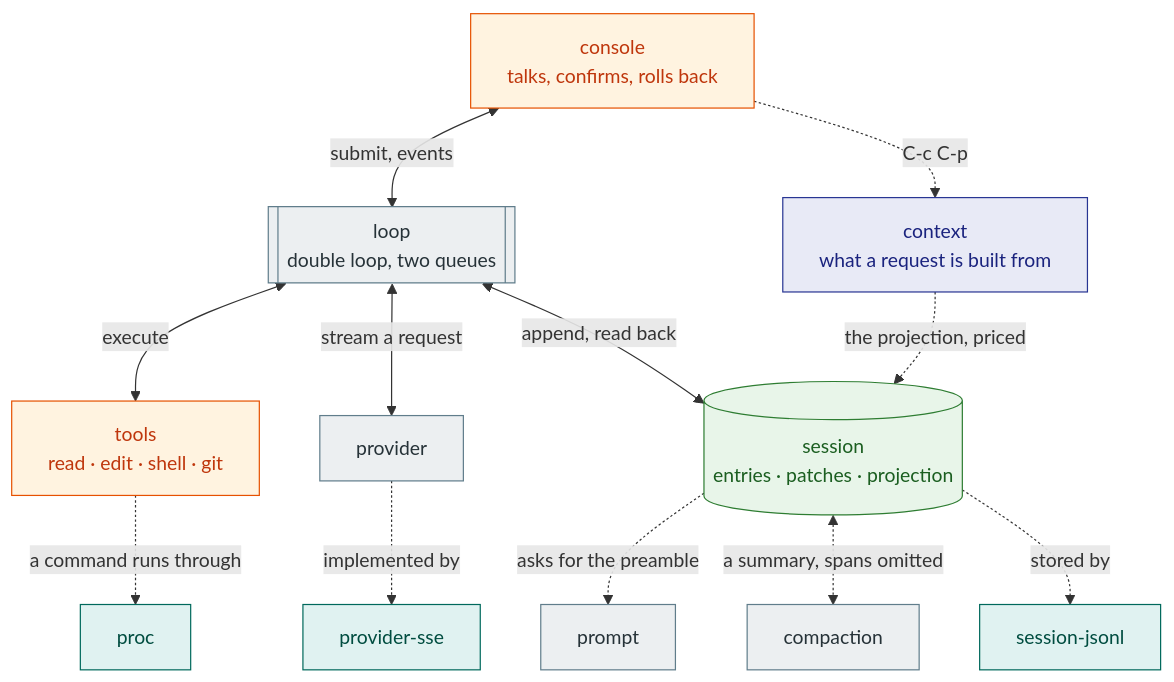
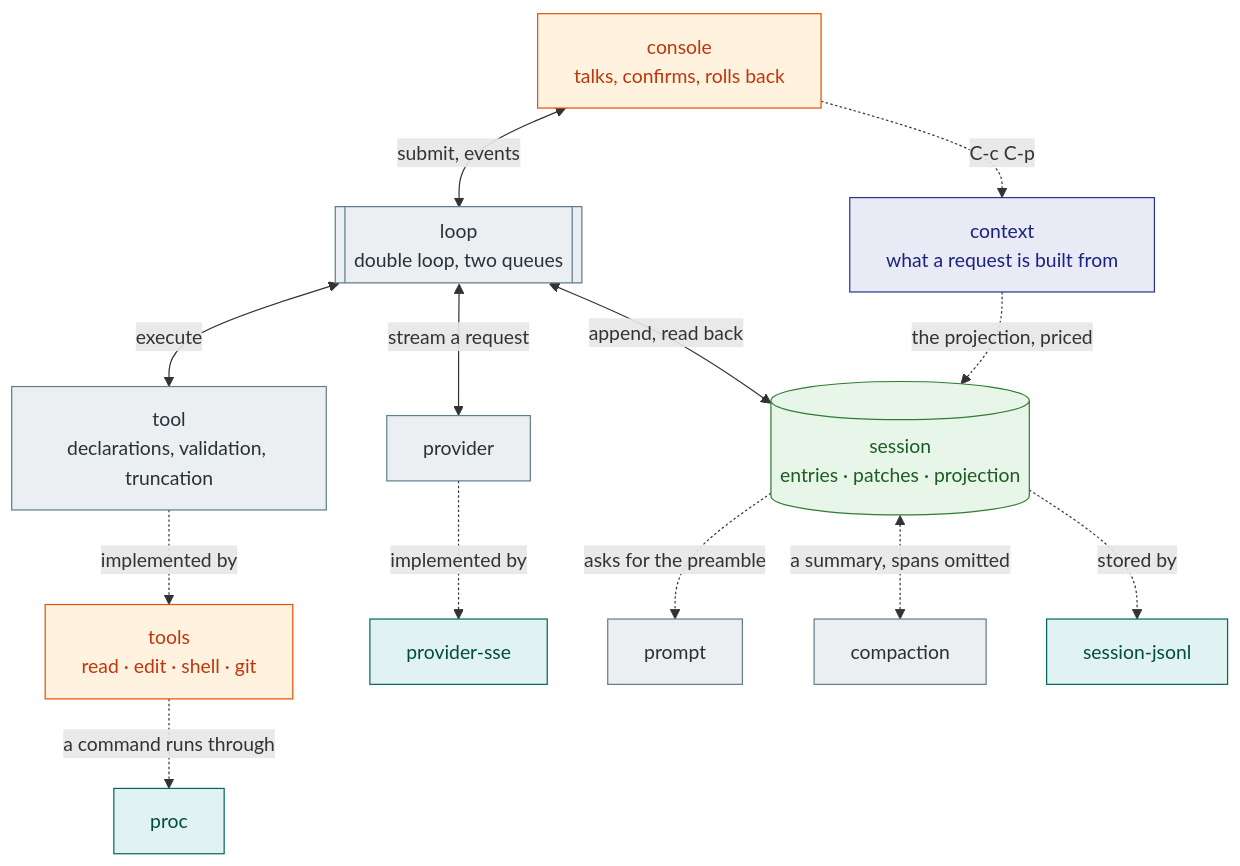
Before and after one commit to OverbearingPearl/pearl: the second of 2 diagrams in README.md, drawn with Mermaid. The commit also changed other lines of this file and 5 other files, not shown here.

````diff
--- a/README.md
+++ b/README.md
@@ -211,35 +212,37 @@
 ```mermaid
 flowchart TB
   console["console<br/>talks, confirms, rolls back"]
   context["context<br/>what a request is built from"]
   loop[["loop<br/>double loop, two queues"]]
+  tool["tool<br/>declarations, validation, truncation"]
   tools["tools<br/>read · edit · shell · git"]
   session[("session<br/>entries · patches · projection")]
   provider["provider"]
   prompt["prompt"]
   compaction["compaction"]
   sse["provider-sse"]
   jsonl["session-jsonl"]
   proc["proc"]
   console <-->|submit, events| loop
-  loop <-->|execute| tools
+  loop <-->|execute| tool
+  tool -.->|implemented by| tools
   loop <-->|stream a request| provider
   provider -.->|implemented by| sse
   loop <-->|append, read back| session
   session -.->|asks for the preamble| prompt
   session <-.->|a summary, spans omitted| compaction
   session -.->|stored by| jsonl
   tools -.->|a command runs through| proc
   console -.->|C-c C-p| context
   context -.->|the projection, priced| session
   classDef product fill:#fff3e0,stroke:#e65100,color:#bf360c
   classDef page fill:#e8eaf6,stroke:#283593,color:#1a237e
   classDef core fill:#eceff1,stroke:#607d8b,color:#263238
   classDef record fill:#e8f5e9,stroke:#2e7d32,color:#1b5e20
   classDef adapter fill:#e0f2f1,stroke:#00695c,color:#004d40
   class console,tools product
   class context page
-  class loop,provider,prompt,compaction core
+  class loop,tool,provider,prompt,compaction core
   class session record
   class sse,jsonl,proc adapter
 ```
````
